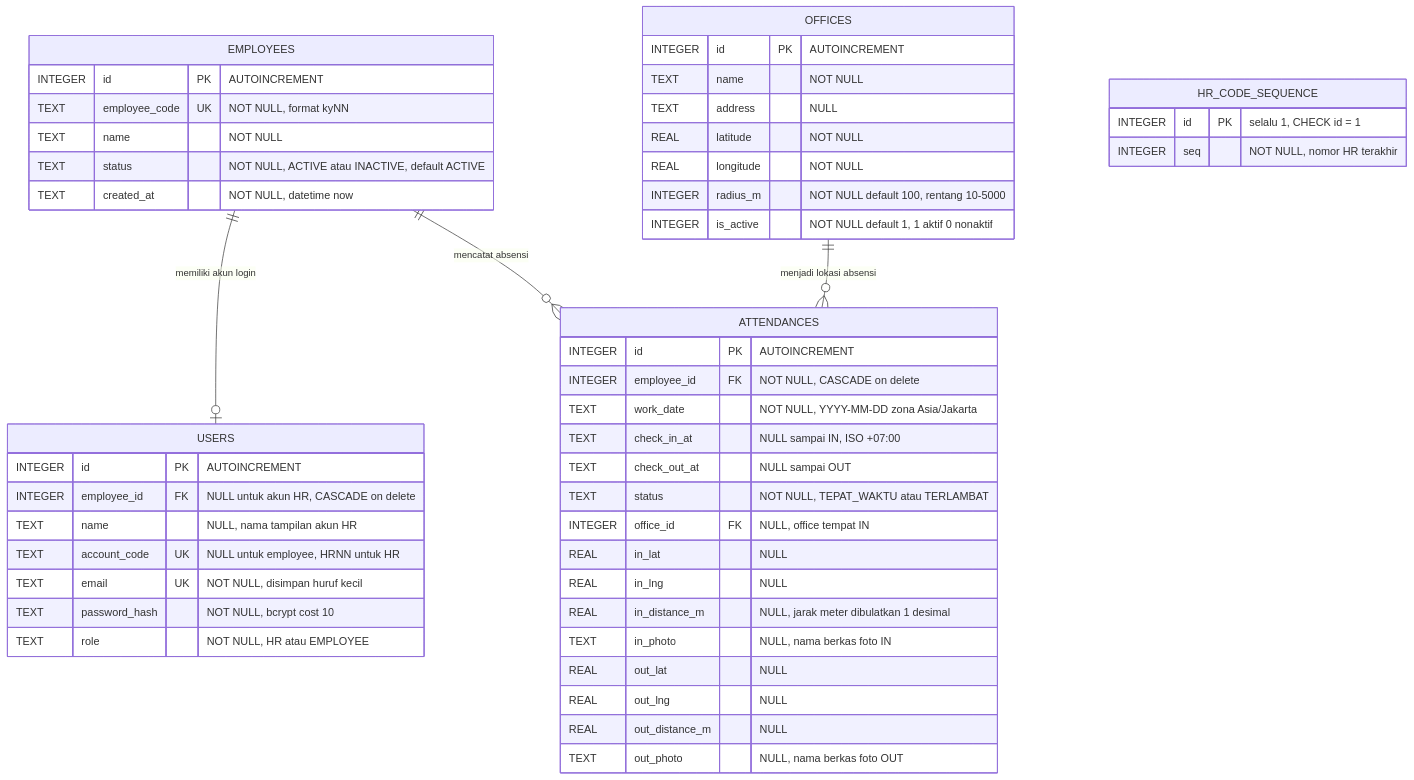
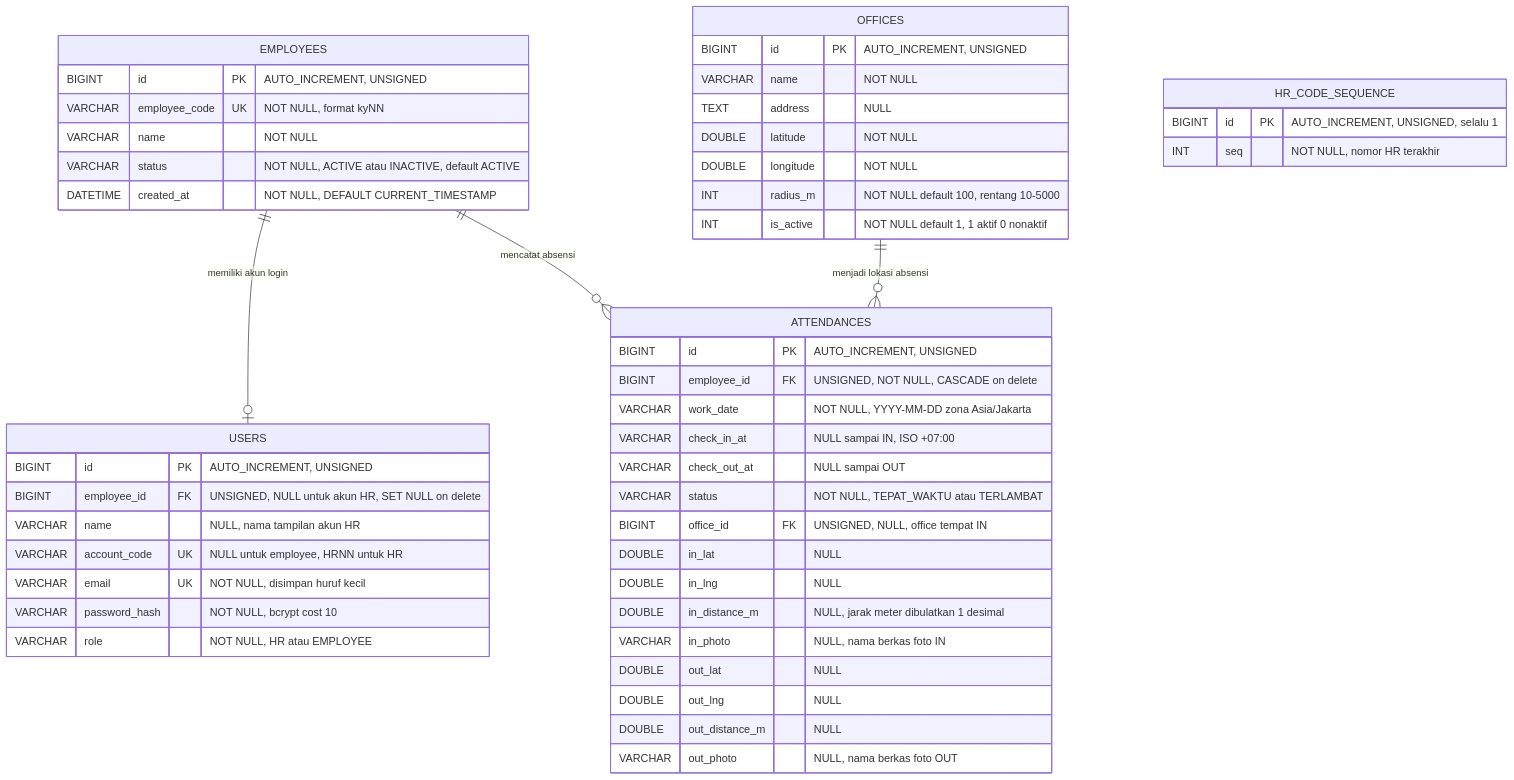
Before and after one commit to faizmarwan2/Project1: the first of 3 diagrams in docs/project-a/04-ERD.md, drawn with Mermaid. The commit also changed other lines of this file and 20 other files, not shown here.

````diff
--- a/docs/project-a/04-ERD.md
+++ b/docs/project-a/04-ERD.md
@@ -17,57 +17,57 @@
 ```mermaid
 erDiagram
     EMPLOYEES ||--o| USERS : "memiliki akun login"
     EMPLOYEES ||--o{ ATTENDANCES : "mencatat absensi"
     OFFICES   ||--o{ ATTENDANCES : "menjadi lokasi absensi"
 
     EMPLOYEES {
-        INTEGER id PK "AUTOINCREMENT"
-        TEXT    employee_code UK "NOT NULL, format kyNN"
-        TEXT    name "NOT NULL"
-        TEXT    status "NOT NULL, ACTIVE atau INACTIVE, default ACTIVE"
-        TEXT    created_at "NOT NULL, datetime now"
+        BIGINT id PK "AUTO_INCREMENT, UNSIGNED"
+        VARCHAR employee_code UK "NOT NULL, format kyNN"
+        VARCHAR name "NOT NULL"
+        VARCHAR status "NOT NULL, ACTIVE atau INACTIVE, default ACTIVE"
+        DATETIME created_at "NOT NULL, DEFAULT CURRENT_TIMESTAMP"
     }
 
     USERS {
-        INTEGER id PK "AUTOINCREMENT"
-        INTEGER employee_id FK "NULL untuk akun HR, CASCADE on delete"
-        TEXT    name "NULL, nama tampilan akun HR"
-        TEXT    account_code UK "NULL untuk employee, HRNN untuk HR"
-        TEXT    email UK "NOT NULL, disimpan huruf kecil"
-        TEXT    password_hash "NOT NULL, bcrypt cost 10"
-        TEXT    role "NOT NULL, HR atau EMPLOYEE"
+        BIGINT id PK "AUTO_INCREMENT, UNSIGNED"
+        BIGINT employee_id FK "UNSIGNED, NULL untuk akun HR, SET NULL on delete"
+        VARCHAR name "NULL, nama tampilan akun HR"
+        VARCHAR account_code UK "NULL untuk employee, HRNN untuk HR"
+        VARCHAR email UK "NOT NULL, disimpan huruf kecil"
+        VARCHAR password_hash "NOT NULL, bcrypt cost 10"
+        VARCHAR role "NOT NULL, HR atau EMPLOYEE"
     }
 
     OFFICES {
-        INTEGER id PK "AUTOINCREMENT"
-        TEXT    name "NOT NULL"
-        TEXT    address "NULL"
-        REAL    latitude "NOT NULL"
-        REAL    longitude "NOT NULL"
-        INTEGER radius_m "NOT NULL default 100, rentang 10-5000"
-        INTEGER is_active "NOT NULL default 1, 1 aktif 0 nonaktif"
+        BIGINT id PK "AUTO_INCREMENT, UNSIGNED"
+        VARCHAR name "NOT NULL"
+        TEXT address "NULL"
+        DOUBLE latitude "NOT NULL"
+        DOUBLE longitude "NOT NULL"
+        INT radius_m "NOT NULL default 100, rentang 10-5000"
+        INT is_active "NOT NULL default 1, 1 aktif 0 nonaktif"
     }
 
     ATTENDANCES {
-        INTEGER id PK "AUTOINCREMENT"
-        INTEGER employee_id FK "NOT NULL, CASCADE on delete"
-        TEXT    work_date "NOT NULL, YYYY-MM-DD zona Asia/Jakarta"
-        TEXT    check_in_at "NULL sampai IN, ISO +07:00"
-        TEXT    check_out_at "NULL sampai OUT"
-        TEXT    status "NOT NULL, TEPAT_WAKTU atau TERLAMBAT"
-        INTEGER office_id FK "NULL, office tempat IN"
-        REAL    in_lat "NULL"
-        REAL    in_lng "NULL"
-        REAL    in_distance_m "NULL, jarak meter dibulatkan 1 desimal"
-        TEXT    in_photo "NULL, nama berkas foto IN"
-        REAL    out_lat "NULL"
-        REAL    out_lng "NULL"
-        REAL    out_distance_m "NULL"
-        TEXT    out_photo "NULL, nama berkas foto OUT"
+        BIGINT id PK "AUTO_INCREMENT, UNSIGNED"
+        BIGINT employee_id FK "UNSIGNED, NOT NULL, CASCADE on delete"
+        VARCHAR work_date "NOT NULL, YYYY-MM-DD zona Asia/Jakarta"
+        VARCHAR check_in_at "NULL sampai IN, ISO +07:00"
+        VARCHAR check_out_at "NULL sampai OUT"
+        VARCHAR status "NOT NULL, TEPAT_WAKTU atau TERLAMBAT"
+        BIGINT office_id FK "UNSIGNED, NULL, office tempat IN"
+        DOUBLE in_lat "NULL"
+        DOUBLE in_lng "NULL"
+        DOUBLE in_distance_m "NULL, jarak meter dibulatkan 1 desimal"
+        VARCHAR in_photo "NULL, nama berkas foto IN"
+        DOUBLE out_lat "NULL"
+        DOUBLE out_lng "NULL"
+        DOUBLE out_distance_m "NULL"
+        VARCHAR out_photo "NULL, nama berkas foto OUT"
     }
 
     HR_CODE_SEQUENCE {
-        INTEGER id PK "selalu 1, CHECK id = 1"
-        INTEGER seq "NOT NULL, nomor HR terakhir"
+        BIGINT id PK "AUTO_INCREMENT, UNSIGNED, selalu 1"
+        INT seq "NOT NULL, nomor HR terakhir"
     }
 ```
````
